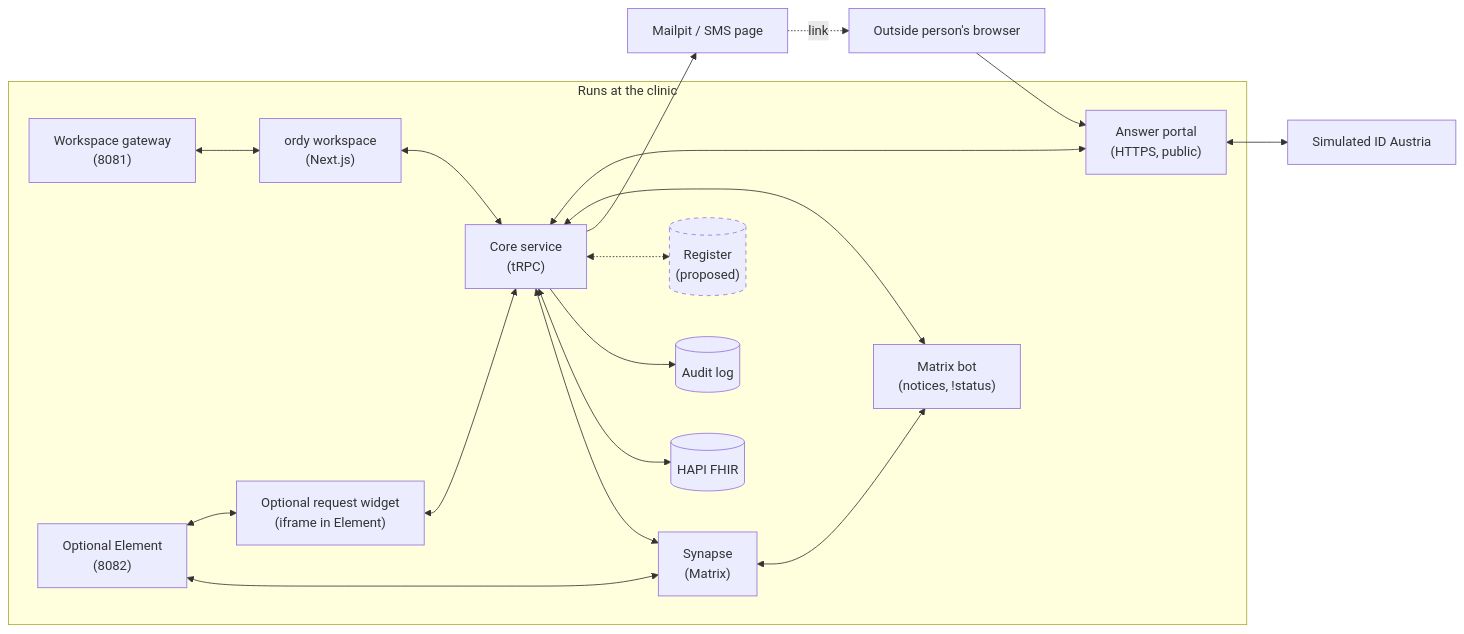
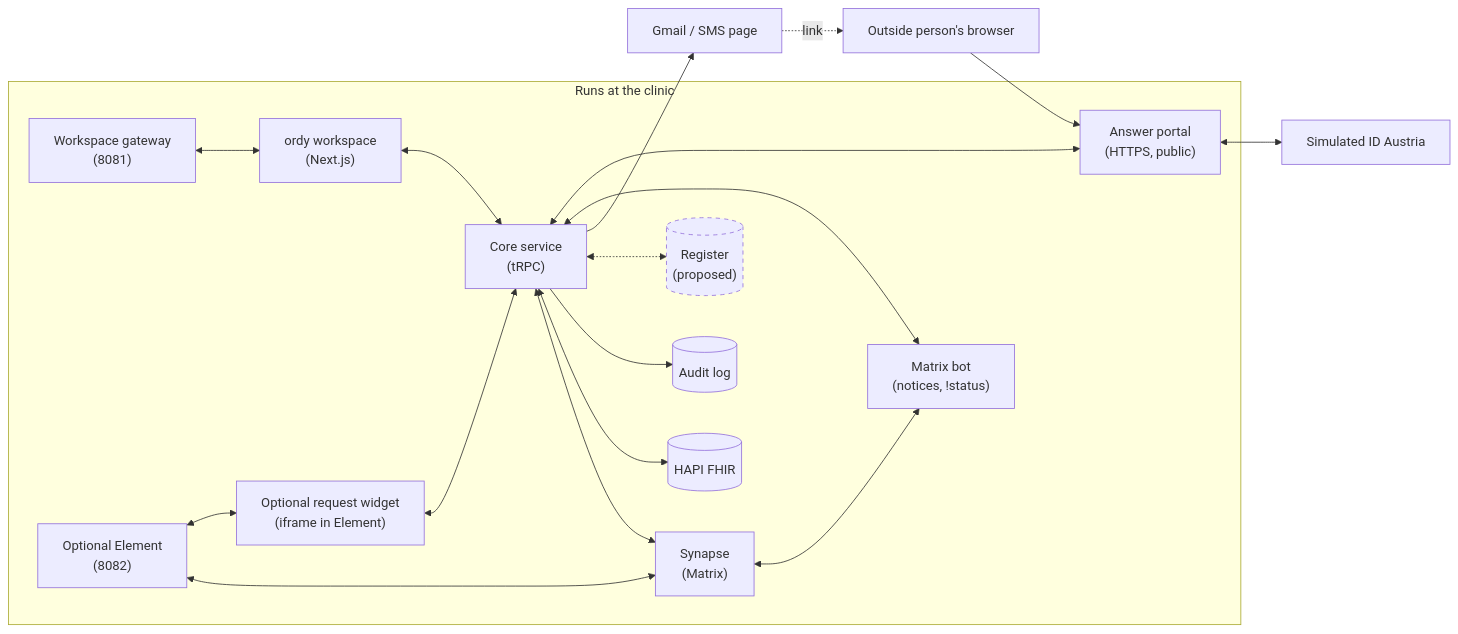
One commit to Chaissen/AIM-Hackathon changed the third of 3 diagrams in docs/UML.md. Above: the diagram before and after it, drawn with Mermaid. The commit also changed other lines of this file and 19 other files, not shown here.

First line of the commit message:
feat(mail): replace Mailpit with Gmail as the only email transport (#67)

````diff
--- a/docs/UML.md
+++ b/docs/UML.md
@@ -192,24 +192,24 @@
 ```mermaid
 flowchart LR
     subgraph Clinic["Runs at the clinic"]
         gateway["Workspace gateway<br/>(8081)"] <--> workspace["ordy workspace<br/>(Next.js)"]
         workspace <--> core["Core service<br/>(tRPC)"]
         core <--> synapse["Synapse<br/>(Matrix)"]
         element["Optional Element<br/>(8082)"] <--> synapse
         element <--> widget["Optional request widget<br/>(iframe in Element)"]
         widget <--> core
         synapse <--> bot["Matrix bot<br/>(notices, !status)"]
         bot <--> core
         core <--> fhirsrv[("HAPI FHIR")]
         core --> audit[("Audit log")]
         core <-.-> reg[("Register<br/>(proposed)")]
         portal["Answer portal<br/>(HTTPS, public)"] <--> core
     end
-    core --> mail["Mailpit / SMS page"]
+    core --> mail["Gmail / SMS page"]
     mail -. "link" .-> browser["Outside person's browser"]
     browser --> portal
     portal <--> eid["Simulated ID Austria"]
 
     classDef planned stroke-dasharray: 5 5
     class reg planned
 ```
````
